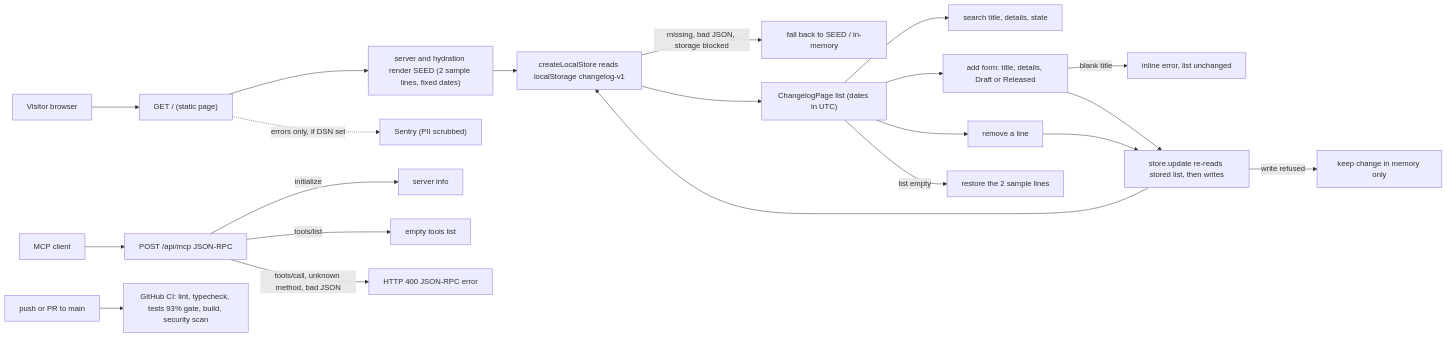
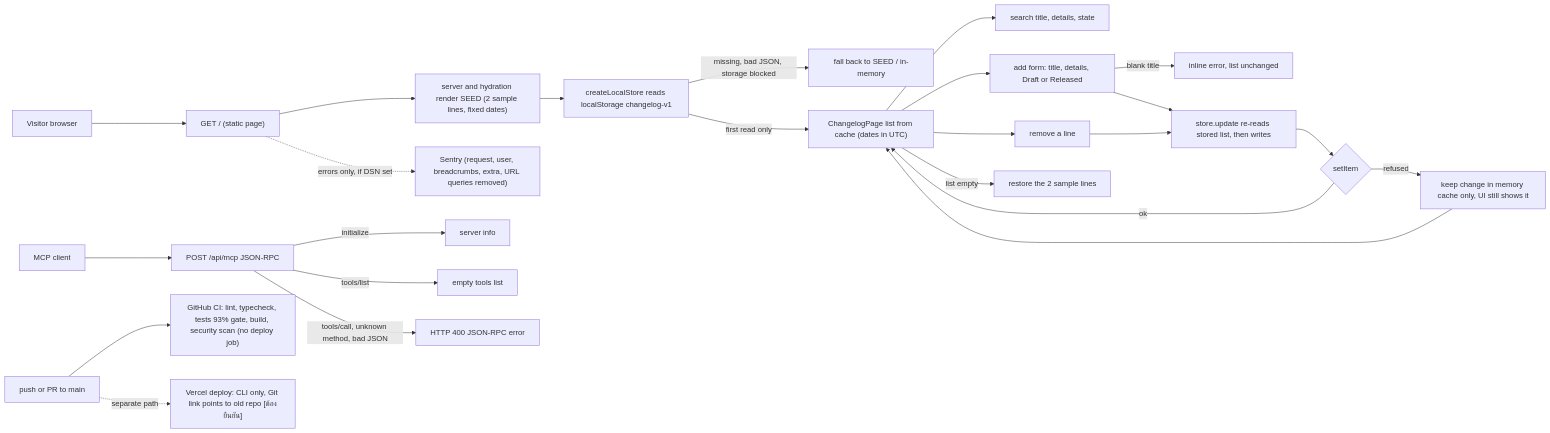
One commit to bookchaowalit-website/devtools-changelog-web changed the first of 2 diagrams in docs/diagrams/01-business-process.md. Above: the diagram before and after it, drawn with Mermaid. The commit also changed other lines of this file, not shown here.

Commit message:
docs: correct As-Is/To-Be facts from review (01-business-process)

````diff
--- a/docs/diagrams/01-business-process.md
+++ b/docs/diagrams/01-business-process.md
@@ -9,23 +9,26 @@
 ```mermaid
 flowchart LR
   V["Visitor browser"] --> PAGE["GET / (static page)"]
   PAGE --> SEED["server and hydration render SEED (2 sample lines, fixed dates)"]
   SEED --> LS["createLocalStore reads localStorage changelog-v1"]
   LS -->|"missing, bad JSON, storage blocked"| SEED2["fall back to SEED / in-memory"]
-  LS --> LIST["ChangelogPage list (dates in UTC)"]
+  LS -->|"first read only"| LIST["ChangelogPage list from cache (dates in UTC)"]
   LIST --> SEARCH["search title, details, state"]
   LIST --> ADD["add form: title, details, Draft or Released"]
   ADD -->|"blank title"| ERR["inline error, list unchanged"]
   ADD --> UPD["store.update re-reads stored list, then writes"]
   LIST --> DEL["remove a line"]
   DEL --> UPD
-  UPD -->|"write refused"| MEM["keep change in memory only"]
-  UPD --> LS
+  UPD --> WR{"setItem"}
+  WR -->|"ok"| LIST
+  WR -->|"refused"| MEM["keep change in memory cache only, UI still shows it"]
+  MEM --> LIST
   LIST -->|"list empty"| RESTORE["restore the 2 sample lines"]
   AGENT["MCP client"] --> RPC["POST /api/mcp JSON-RPC"]
   RPC -->|"initialize"| INFO["server info"]
   RPC -->|"tools/list"| NONE["empty tools list"]
   RPC -->|"tools/call, unknown method, bad JSON"| E400["HTTP 400 JSON-RPC error"]
-  PAGE -.->|"errors only, if DSN set"| SENTRY["Sentry (PII scrubbed)"]
-  PUSH["push or PR to main"] --> CI["GitHub CI: lint, typecheck, tests 93% gate, build, security scan"]
+  PAGE -.->|"errors only, if DSN set"| SENTRY["Sentry (request, user, breadcrumbs, extra, URL queries removed)"]
+  PUSH["push or PR to main"] --> CI["GitHub CI: lint, typecheck, tests 93% gate, build, security scan (no deploy job)"]
+  PUSH -.->|"separate path"| VDEP["Vercel deploy: CLI only, Git link points to old repo [ต้องยืนยัน]"]
 ```
````
